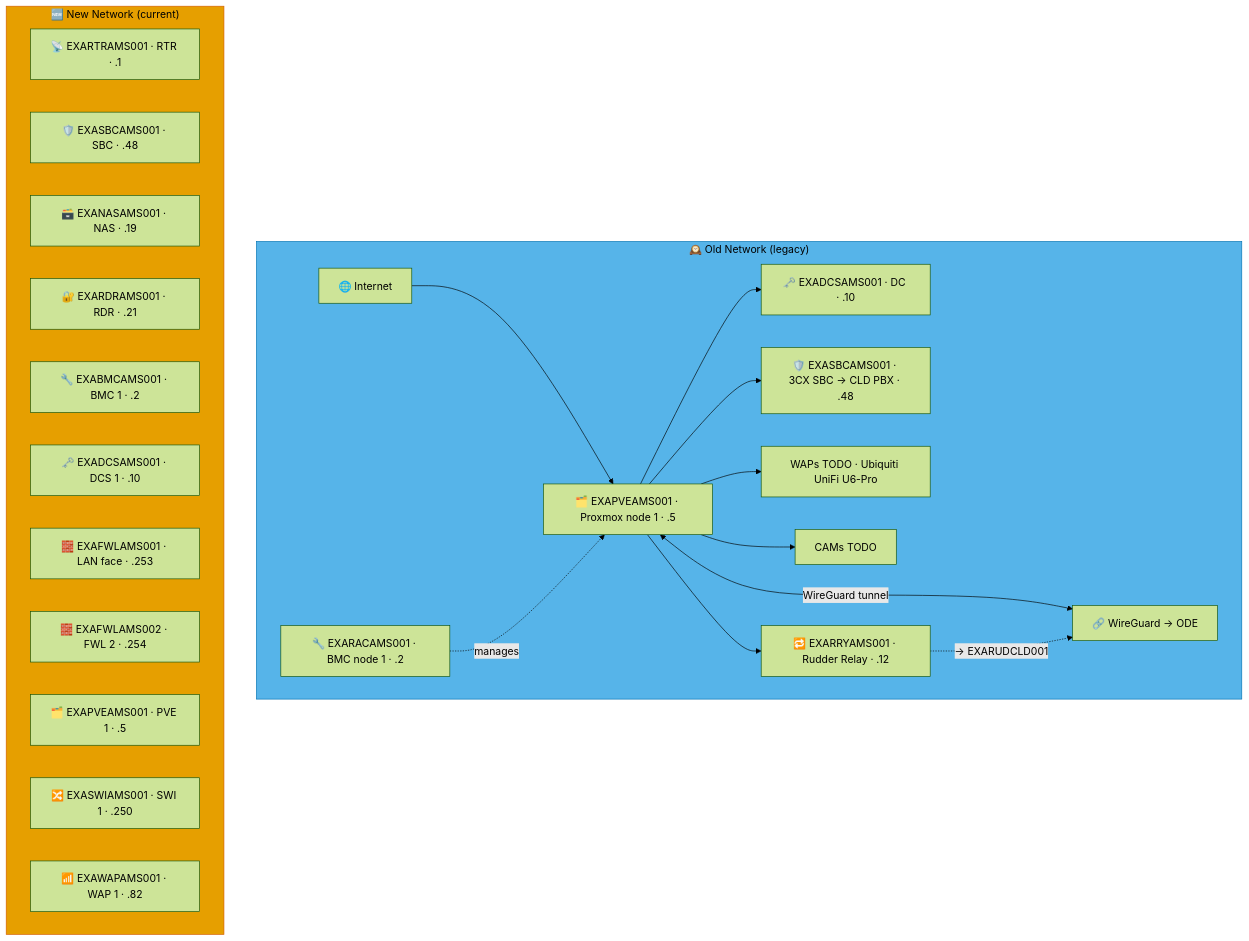
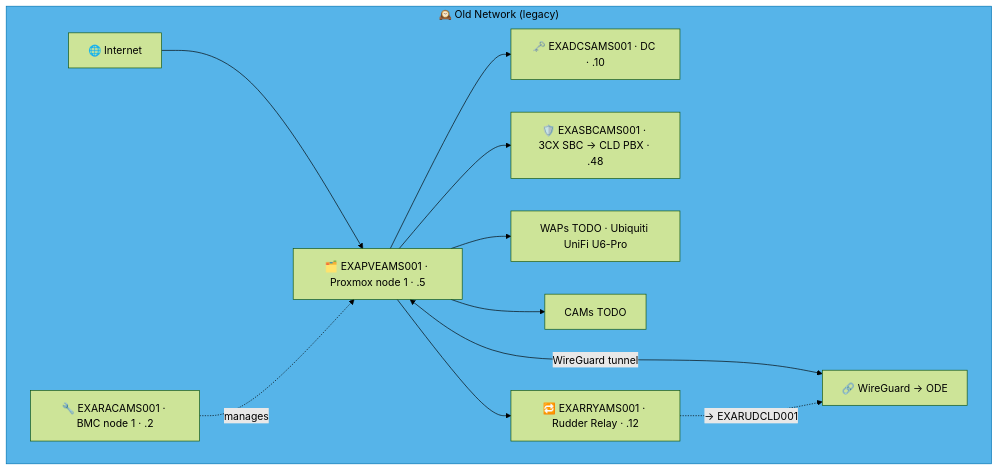
The first of 2 diagrams in docs/network-diagram/nederland.md (knightmare2600/example_music_infra), drawn with Mermaid (forest theme) before and after one commit. The commit also changed other lines of this file and 35 other files, not shown here.

````diff
--- a/docs/network-diagram/nederland.md
+++ b/docs/network-diagram/nederland.md
@@ -16,39 +16,23 @@
 ```mermaid
 graph TD
     subgraph OLD_AMS ["🕰️ Old Network (legacy)"]
       INET["🌐 Internet"]
       RAC["🔧 EXARACAMS001 · BMC node 1 · .2"]
       PVE["🗂️ EXAPVEAMS001 · Proxmox node 1 · .5"]
       DC["🗝️ EXADCSAMS001 · DC · .10"]
       SBC["🛡️ EXASBCAMS001 · 3CX SBC → CLD PBX · .48"]
       RRY["🔁 EXARRYAMS001 · Rudder Relay · .12"]
       WAP["WAPs TODO · Ubiquiti UniFi U6-Pro"]
       CAM["CAMs TODO"]
       VPN["🔗 WireGuard → ODE"]
 
       INET --> PVE --> DC & SBC
       RAC -.->|"manages"| PVE
       PVE --> WAP & CAM
       PVE <-->|"WireGuard tunnel"| VPN
 
       PVE --> RRY
       RRY -. "→ EXARUDCLD001" .-> VPN
     end
     style OLD_AMS fill:#56B4E9,stroke:#0072B2,color:#000000
-    %% GENERATED:NEW-NETWORK:AMS:START
-    subgraph NEW_AMS ["🆕 New Network (current)"]
-      N_RTR["📡 EXARTRAMS001 · RTR · .1"]
-      N_SBC["🛡️ EXASBCAMS001 · SBC · .48"]
-      N_NAS["🗃️ EXANASAMS001 · NAS · .19"]
-      N_RDR["🔐 EXARDRAMS001 · RDR · .21"]
-      N_BMC["🔧 EXABMCAMS001 · BMC 1 · .2"]
-      N_DCS["🗝️ EXADCSAMS001 · DCS 1 · .10"]
-      N_FWL["🧱 EXAFWLAMS001 · LAN face · .253"]
-      N_FWL2["🧱 EXAFWLAMS002 · FWL 2 · .254"]
-      N_PVE["🗂️ EXAPVEAMS001 · PVE 1 · .5"]
-      N_SWI["🔀 EXASWIAMS001 · SWI 1 · .250"]
-      N_WAP["📶 EXAWAPAMS001 · WAP 1 · .82"]
-    end
-    style NEW_AMS fill:#E69F00,stroke:#D55E00,color:#000000
-    %% GENERATED:NEW-NETWORK:AMS:END
 ```
````
